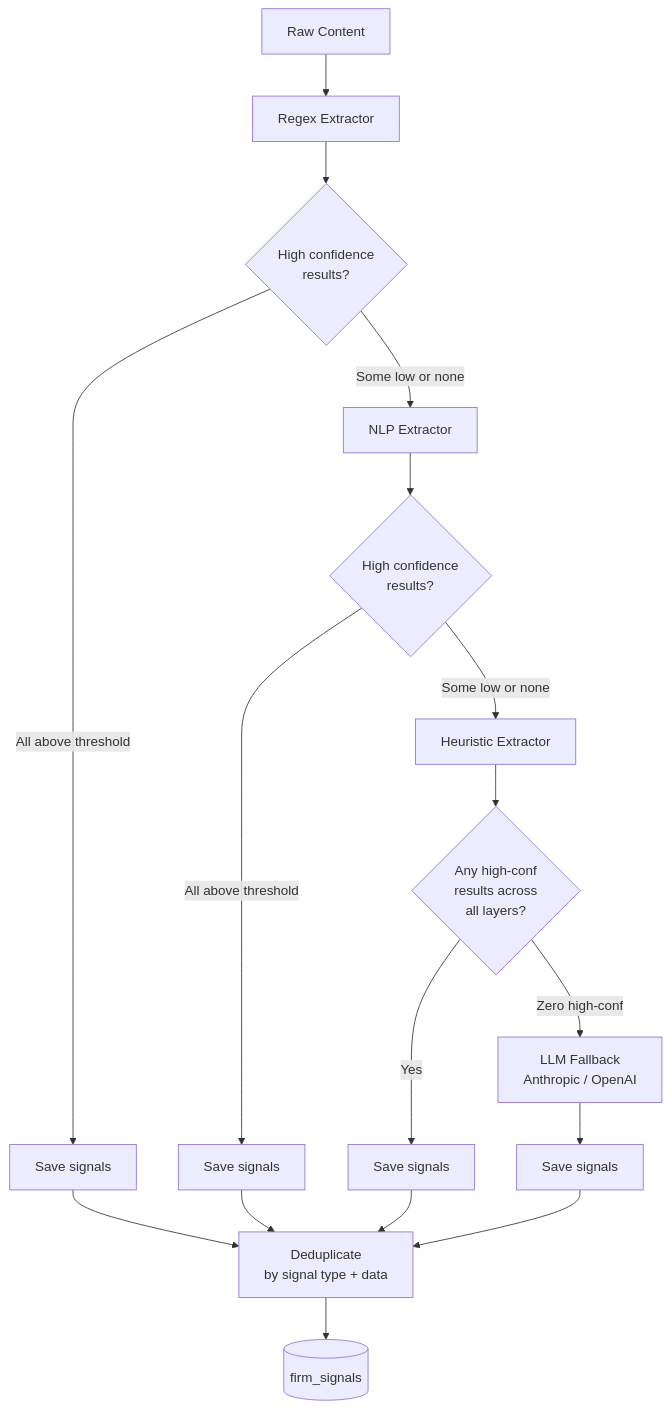
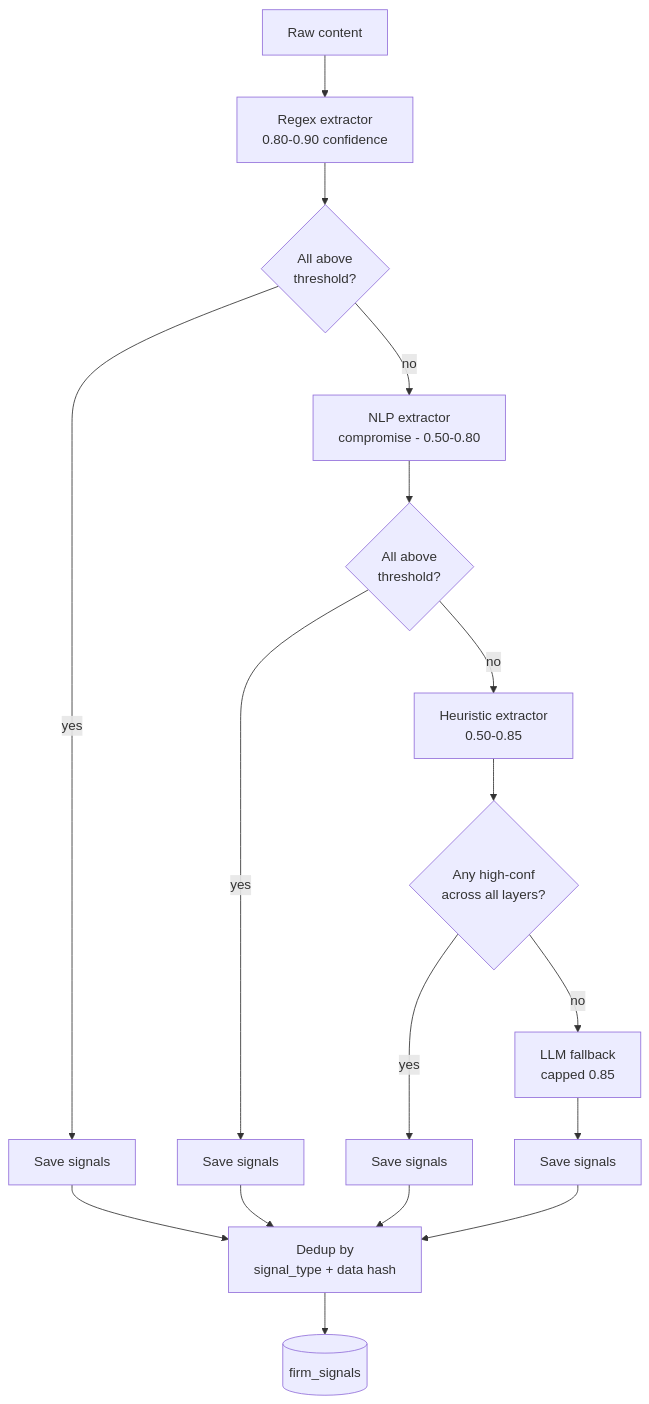
One commit to GuilhermeDaSilvaFerreira/ai-usage-scraper changed the fourth of 6 diagrams in backend/docs/data-extraction-pipeline/PIPELINE.md. Above: the diagram before and after it, drawn with Mermaid. The commit also changed other lines of this file and 7 other files, not shown here.

````diff
--- a/backend/docs/data-extraction-pipeline/PIPELINE.md
+++ b/backend/docs/data-extraction-pipeline/PIPELINE.md
@@ -160,20 +159,16 @@
 ```mermaid
 flowchart TD
-    INPUT[Raw Content] --> REGEX[Regex Extractor]
-    REGEX --> CHECK1{High confidence\nresults?}
-    CHECK1 -->|All above threshold| SAVE1[Save signals]
-    CHECK1 -->|Some low or none| NLP[NLP Extractor]
-
-    NLP --> CHECK2{High confidence\nresults?}
-    CHECK2 -->|All above threshold| SAVE2[Save signals]
-    CHECK2 -->|Some low or none| HEUR[Heuristic Extractor]
-
-    HEUR --> CHECK3{Any high-conf\nresults across\nall layers?}
-    CHECK3 -->|Yes| SAVE3[Save signals]
-    CHECK3 -->|Zero high-conf| LLM[LLM Fallback\nAnthropic / OpenAI]
-
+    INPUT[Raw content] --> REGEX[Regex extractor<br/>0.80-0.90 confidence]
+    REGEX --> C1{All above<br/>threshold?}
+    C1 -->|yes| SAVE1[Save signals]
+    C1 -->|no| NLP[NLP extractor<br/>compromise - 0.50-0.80]
+    NLP --> C2{All above<br/>threshold?}
+    C2 -->|yes| SAVE2[Save signals]
+    C2 -->|no| HEUR[Heuristic extractor<br/>0.50-0.85]
+    HEUR --> C3{Any high-conf<br/>across all layers?}
+    C3 -->|yes| SAVE3[Save signals]
+    C3 -->|no| LLM[LLM fallback<br/>capped 0.85]
     LLM --> SAVE4[Save signals]
-
-    SAVE1 & SAVE2 & SAVE3 & SAVE4 --> DEDUP[Deduplicate\nby signal type + data]
+    SAVE1 & SAVE2 & SAVE3 & SAVE4 --> DEDUP[Dedup by<br/>signal_type + data hash]
     DEDUP --> DB[(firm_signals)]
 ```
````
